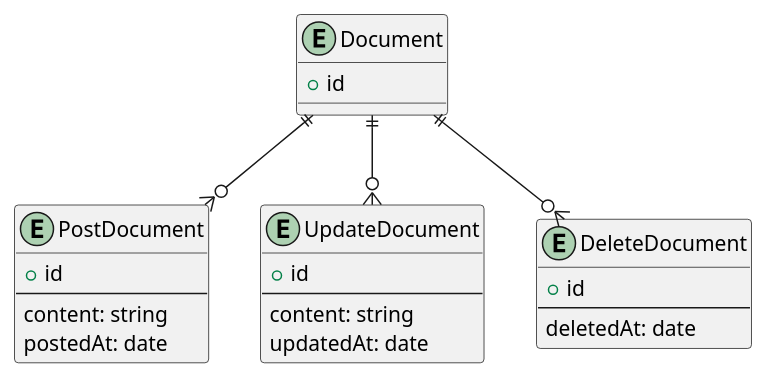
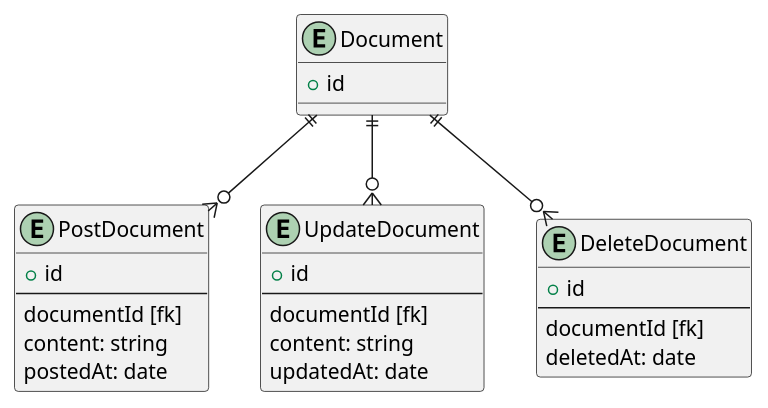
Before and after one commit to sushidesu/prahachallenge: the second of 2 diagrams in 03_データベース/16_DBモデリング3/DBモデリング3.md, drawn with PlantUML. The commit also changed 1 other file, not shown here.

Commit message:
疑問のER図を更新

````diff
--- a/03_データベース/16_DBモデリング3/DBモデリング3.md
+++ b/03_データベース/16_DBモデリング3/DBモデリング3.md
@@ -150,28 +150,31 @@
 ```plantuml
 entity Document {
   + id
 }
 
 entity PostDocument {
   + id
   ---
+  documentId [fk]
   content: string
   postedAt: date
 }
 Document ||--o{ PostDocument
 
 entity UpdateDocument {
   + id
   ---
+  documentId [fk]
   content: string
   updatedAt: date
 }
 Document ||--o{ UpdateDocument
 
 entity DeleteDocument {
   + id
   ---
+  documentId [fk]
   deletedAt: date
 }
 Document ||--o{ DeleteDocument
 ```
````
